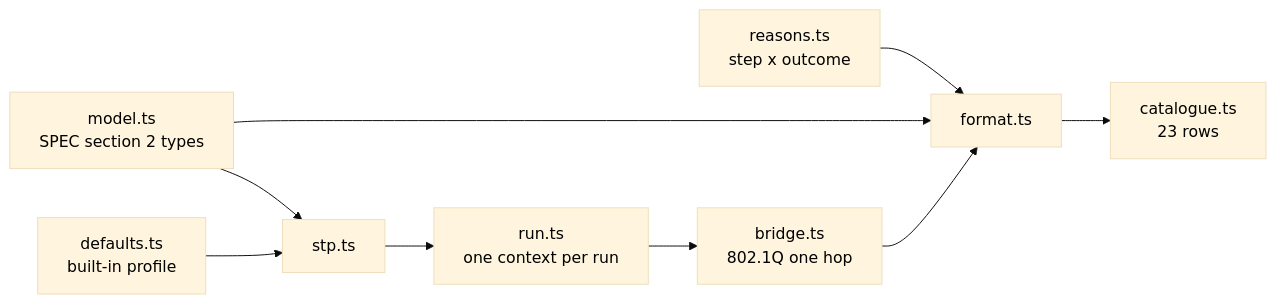
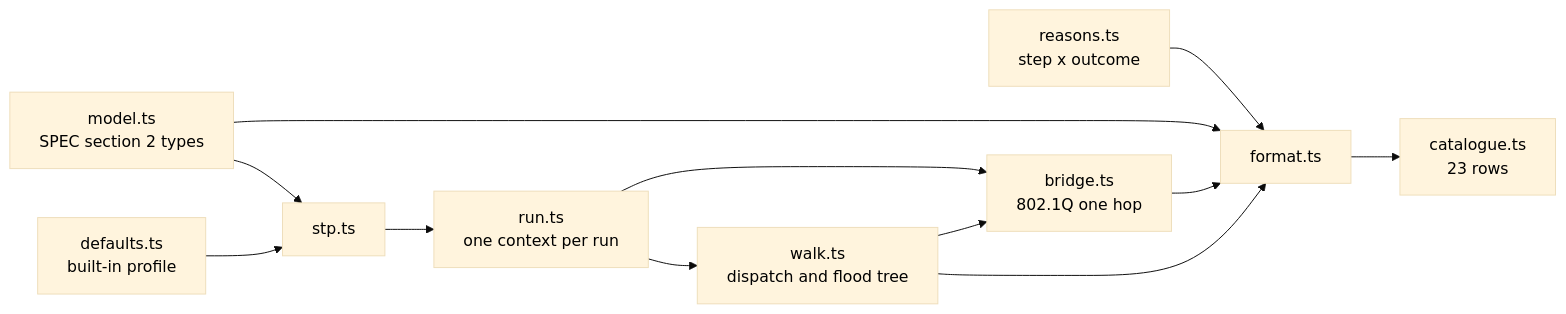
The first of 3 diagrams in docs/architecture.md (alanfong93/network-sandbox), drawn with Mermaid (base theme) before and after one commit. The commit also changed other lines of this file and 9 other files, not shown here.

````diff
--- a/docs/architecture.md
+++ b/docs/architecture.md
@@ -11,19 +11,23 @@
 ```mermaid
 flowchart LR
     M[model.ts<br>SPEC section 2 types] --> F[format.ts]
     R[reasons.ts<br>step x outcome] --> F
     F --> C[catalogue.ts<br>23 rows]
     D[defaults.ts<br>built-in profile] --> S[stp.ts]
     M --> S
     S --> U[run.ts<br>one context per run]
     U --> B[bridge.ts<br>802.1Q one hop]
+    U --> W[walk.ts<br>dispatch and flood tree]
+    W --> B
     B --> F
+    W --> F
     style M color:#000
     style R color:#000
     style F color:#000
     style C color:#000
     style D color:#000
     style S color:#000
     style U color:#000
     style B color:#000
+    style W color:#000
 ```
````
